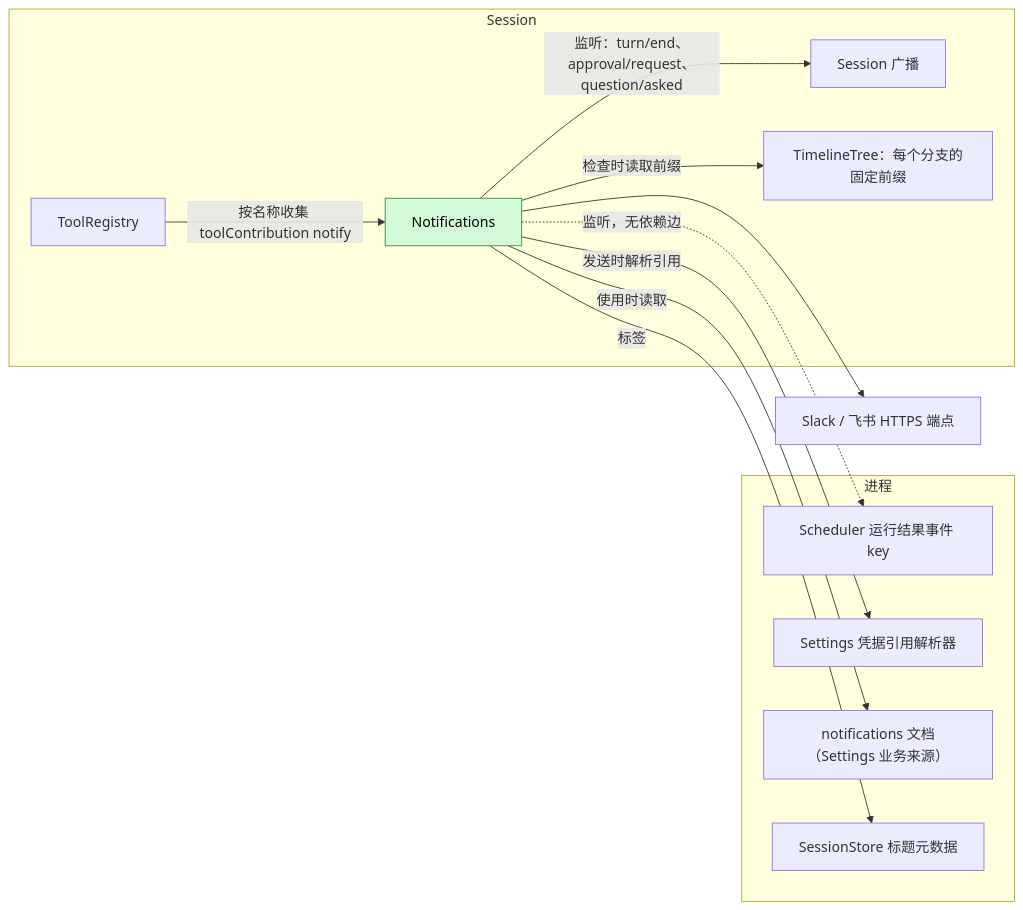
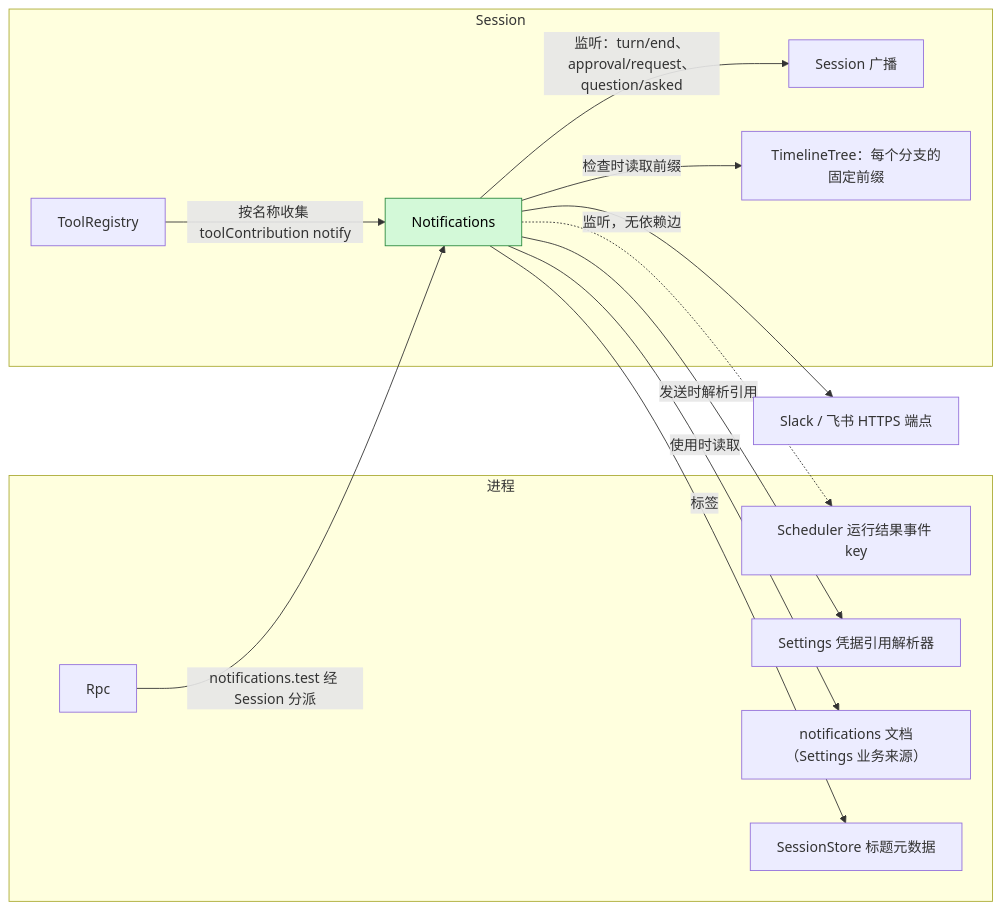
Before and after one commit to CoutinhoTTS/dim-agent: the first of 6 diagrams in docs/zh/design/plugins/Notifications.md, drawn with Mermaid. The commit also changed other lines of this file and 42 other files, not shown here.

````diff
--- a/docs/zh/design/plugins/Notifications.md
+++ b/docs/zh/design/plugins/Notifications.md
@@ -9,25 +9,27 @@
 ```mermaid
 flowchart LR
   subgraph PROC["进程"]
     RO["Scheduler 运行结果事件 key"]
     CRED["Settings 凭据引用解析器"]
     Settings["notifications 文档（Settings 业务来源）"]
     META["SessionStore 标题元数据"]
+    RPC["Rpc"]
   end
   subgraph SESS["Session"]
     NP["Notifications"]:::new
     SB["Session 广播"]
     TT["TimelineTree：每个分支的固定前缀"]
     TR["ToolRegistry"]
   end
   EXT["Slack / 飞书 HTTPS 端点"]
   NP -->|"监听：turn/end、approval/request、question/asked"| SB
   NP -->|"检查时读取前缀"| TT
   TR -->|"按名称收集 toolContribution notify"| NP
   NP -.->|"监听，无依赖边"| RO
   NP -->|"发送时解析引用"| CRED
   NP -->|"使用时读取"| Settings
   NP -->|"标签"| META
   NP --> EXT
+  RPC -->|"notifications.test 经 Session 分派"| NP
   classDef new fill:#d3f9d8,stroke:#2b8a3e,color:#000
 ```
````
